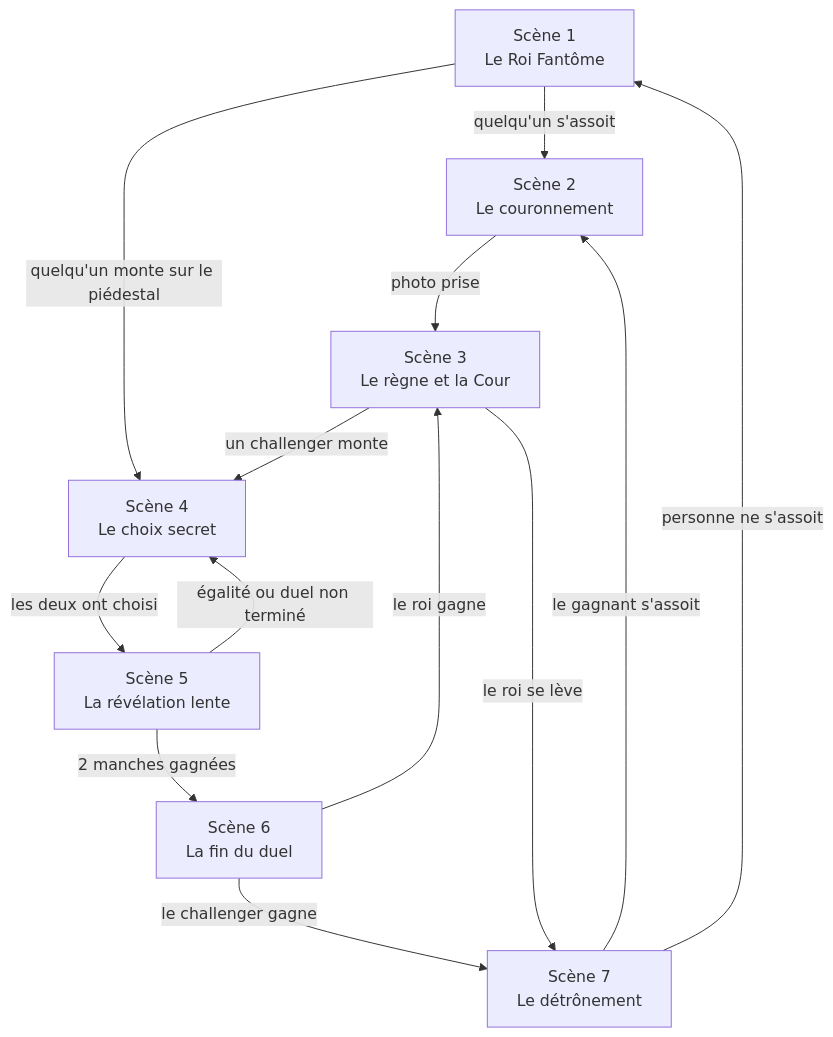
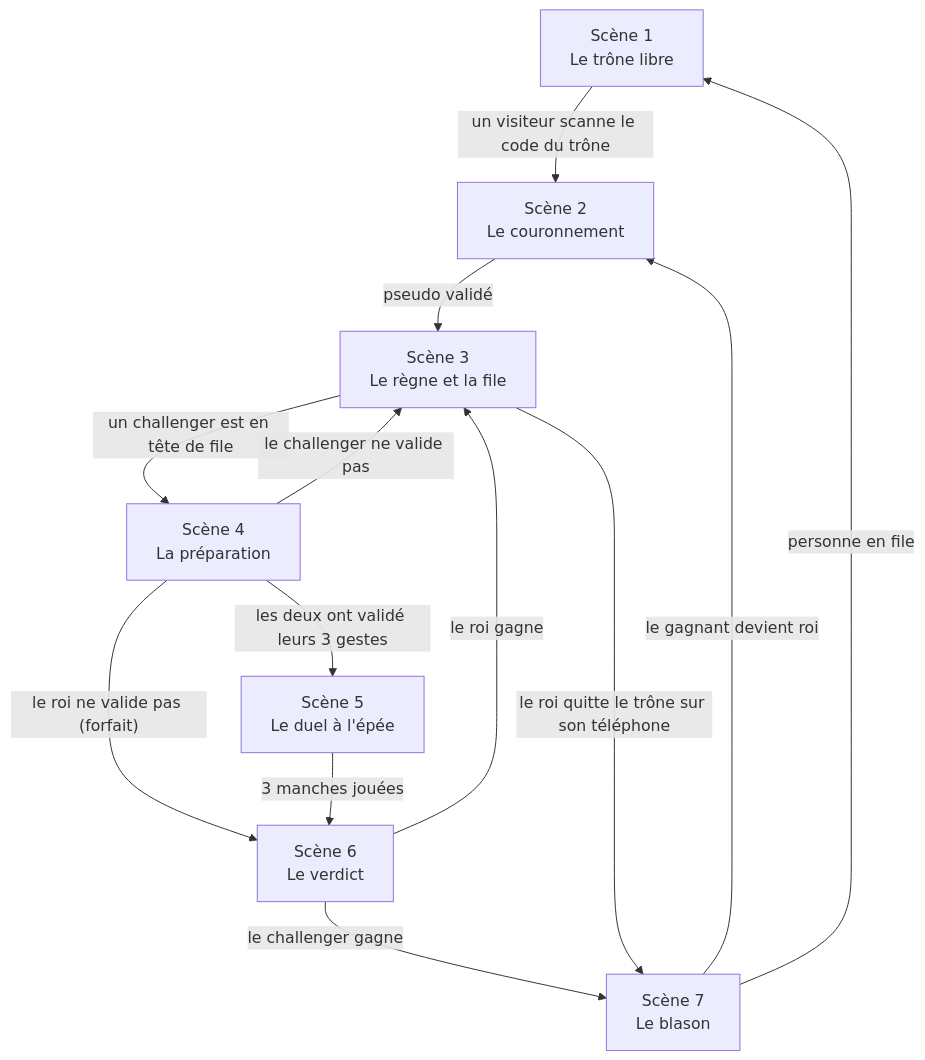
One commit to jaydenF08/Dethrone changed the diagram in scenario/README.md. Above: the diagram before and after it, drawn with Mermaid. The commit also changed other lines of this file and 13 other files, not shown here.

First line of the commit message:
Simplifier Dethrône : duel sur téléphone et épée en mousse

````diff
--- a/scenario/README.md
+++ b/scenario/README.md
@@ -27,15 +27,15 @@
 ```mermaid
 flowchart TD
-    S1["Scène 1<br/>Le Roi Fantôme"] -->|quelqu'un s'assoit| S2["Scène 2<br/>Le couronnement"]
-    S1 -->|quelqu'un monte sur le piédestal| S4
-    S2 -->|photo prise| S3["Scène 3<br/>Le règne et la Cour"]
-    S3 -->|un challenger monte| S4["Scène 4<br/>Le choix secret"]
-    S4 -->|les deux ont choisi| S5["Scène 5<br/>La révélation lente"]
-    S5 -->|égalité ou duel non terminé| S4
-    S5 -->|2 manches gagnées| S6["Scène 6<br/>La fin du duel"]
-    S6 -->|le roi gagne| S3
-    S6 -->|le challenger gagne| S7["Scène 7<br/>Le détrônement"]
-    S3 -->|le roi se lève| S7
-    S7 -->|le gagnant s'assoit| S2
-    S7 -->|personne ne s'assoit| S1
+    S1["Scène 1<br/>Le trône libre"] -->|"un visiteur scanne le code du trône"| S2["Scène 2<br/>Le couronnement"]
+    S2 -->|"pseudo validé"| S3["Scène 3<br/>Le règne et la file"]
+    S3 -->|"un challenger est en tête de file"| S4["Scène 4<br/>La préparation"]
+    S4 -->|"les deux ont validé leurs 3 gestes"| S5["Scène 5<br/>Le duel à l'épée"]
+    S4 -->|"le challenger ne valide pas"| S3
+    S4 -->|"le roi ne valide pas (forfait)"| S6
+    S5 -->|"3 manches jouées"| S6["Scène 6<br/>Le verdict"]
+    S6 -->|"le roi gagne"| S3
+    S6 -->|"le challenger gagne"| S7["Scène 7<br/>Le blason"]
+    S3 -->|"le roi quitte le trône sur son téléphone"| S7
+    S7 -->|"le gagnant devient roi"| S2
+    S7 -->|"personne en file"| S1
 ```
````
